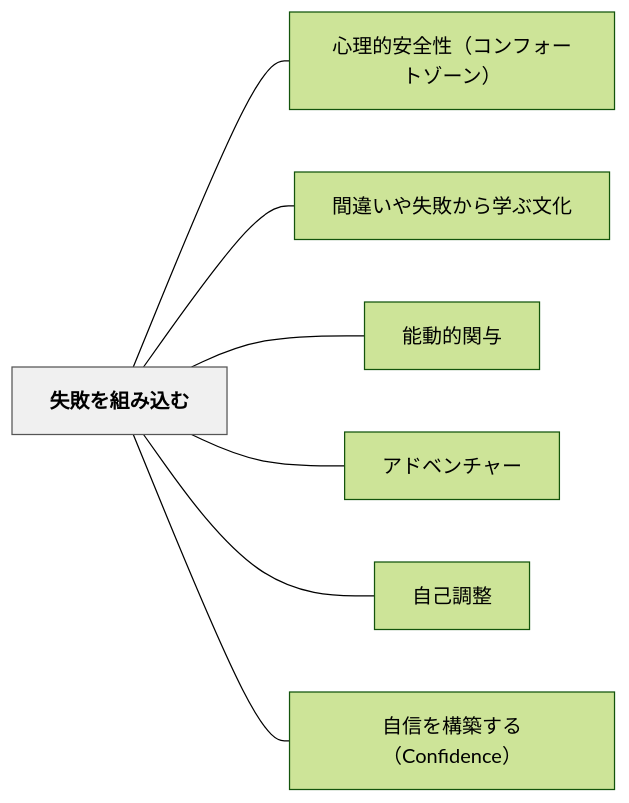
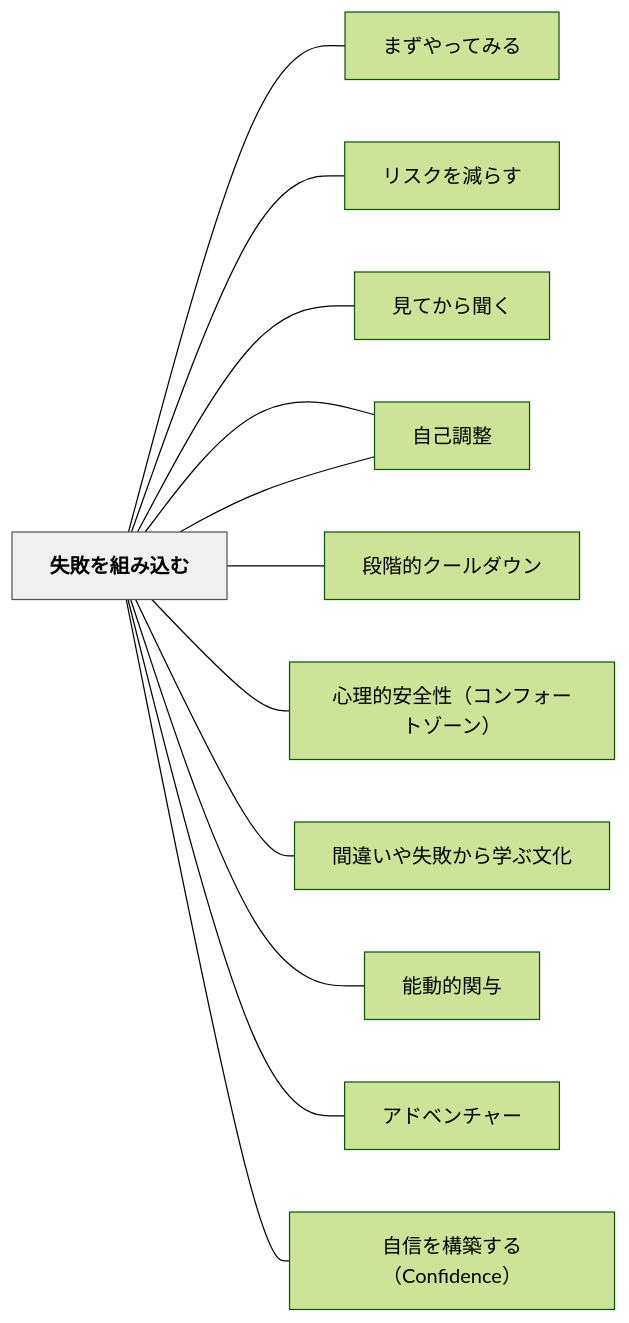
The diagram in content/パタン/失敗を組み込む.md (unknownthings-ed-patterns/unknownthings-ed-patterns), drawn with Mermaid (forest theme) before and after one commit. The commit also changed other lines of this file and 473 other files, not shown here.

````diff
--- a/content/パタン/失敗を組み込む.md
+++ b/content/パタン/失敗を組み込む.md
@@ -88,20 +93,30 @@
 ```mermaid
 flowchart LR
     ne5a4b1e69597["失敗を組み込む"]
+    ne381bee3819a["まずやってみる"]
+    ne383aae382b9["リスクを減らす"]
+    ne8a68be381a6["見てから聞く"]
+    ne887aae5b7b1["自己テスト"]
+    ne6aeb5e99a8e["段階的クールダウン"]
     ne5bf83e79086["心理的安全性（コンフォートゾーン）"]
     ne99693e98195["間違いや失敗から学ぶ文化"]
     ne883bde58b95["能動的関与"]
     ne382a2e38389["アドベンチャー"]
     ne887aae5b7b1["自己調整"]
     ne887aae4bfa1["自信を構築する（Confidence）"]
 
+    ne5a4b1e69597 --- ne381bee3819a
+    ne5a4b1e69597 --- ne383aae382b9
+    ne5a4b1e69597 --- ne8a68be381a6
+    ne5a4b1e69597 --- ne887aae5b7b1
+    ne5a4b1e69597 --- ne6aeb5e99a8e
     ne5a4b1e69597 --- ne5bf83e79086
     ne5a4b1e69597 --- ne99693e98195
     ne5a4b1e69597 --- ne883bde58b95
     ne5a4b1e69597 --- ne382a2e38389
     ne5a4b1e69597 --- ne887aae5b7b1
     ne5a4b1e69597 --- ne887aae4bfa1
 
     classDef hub fill:#f0f0f0,stroke:#555,color:#000,font-weight:bold
     class ne5a4b1e69597 hub
 ```
````
